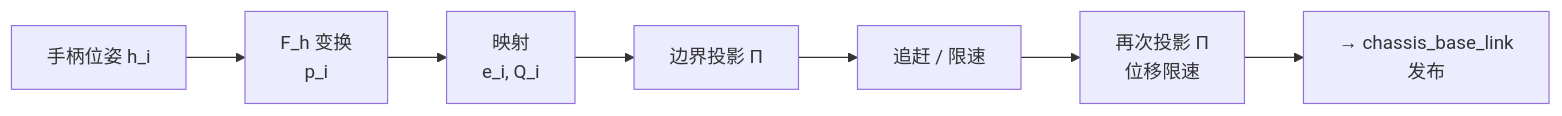
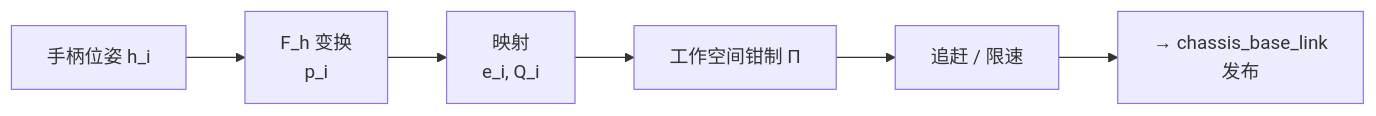
One commit to AgilexOpensource/lookie_ros changed the fifth of 6 diagrams in lookie_teleop/docs/vr_teleop_dev_design.md. Above: the diagram before and after it, drawn with Mermaid. The commit also changed other lines of this file and 13 other files, not shown here.

````diff
--- a/lookie_teleop/docs/vr_teleop_dev_design.md
+++ b/lookie_teleop/docs/vr_teleop_dev_design.md
@@ -350,4 +353,4 @@
 ```mermaid
 flowchart LR
-    A["手柄位姿 h_i"] --> B["F_h 变换<br/>p_i"] --> C["映射<br/>e_i, Q_i"] --> D["边界投影 Π"] --> E["追赶 / 限速"] --> F["再次投影 Π<br/>位移限速"] --> G["→ chassis_base_link<br/>发布"]
+    A["手柄位姿 h_i"] --> B["F_h 变换<br/>p_i"] --> C["映射<br/>e_i, Q_i"] --> D["工作空间钳制 Π"] --> E["追赶 / 限速"] --> G["→ chassis_base_link<br/>发布"]
 ```
````
